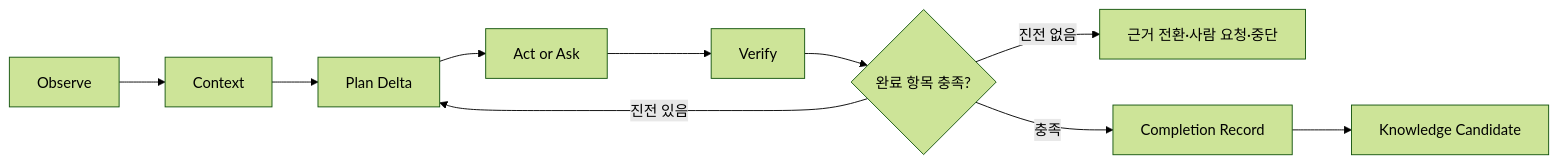
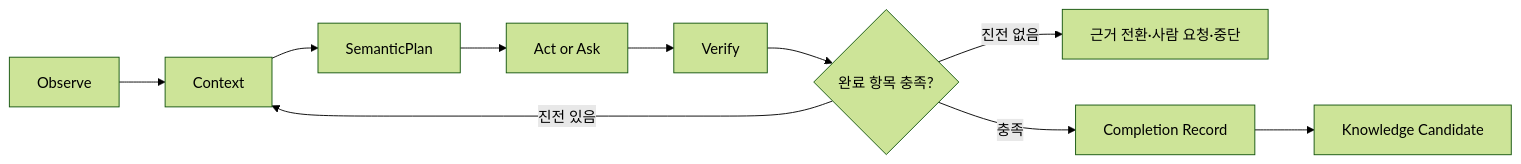
Before and after one commit to chokukil/boi-wiki: the third of 6 diagrams in data/boi/team/platform/team-platform-boi-wiki-architecture.md, drawn with Mermaid (forest theme). The commit also changed other lines of this file and 7 other files, not shown here.

````diff
--- a/data/boi/team/platform/team-platform-boi-wiki-architecture.md
+++ b/data/boi/team/platform/team-platform-boi-wiki-architecture.md
@@ -172,12 +180,12 @@
 ```mermaid
 flowchart LR
   O["Observe"] --> C["Context"]
-  C --> P["Plan Delta"]
-  P --> A["Act or Ask"]
+  C --> S["SemanticPlan"]
+  S --> A["Act or Ask"]
   A --> V["Verify"]
   V --> E{"완료 항목 충족?"}
-  E -->|진전 있음| P
+  E -->|진전 있음| C
   E -->|진전 없음| B["근거 전환·사람 요청·중단"]
   E -->|충족| R["Completion Record"]
   R --> K["Knowledge Candidate"]
 ```
````
